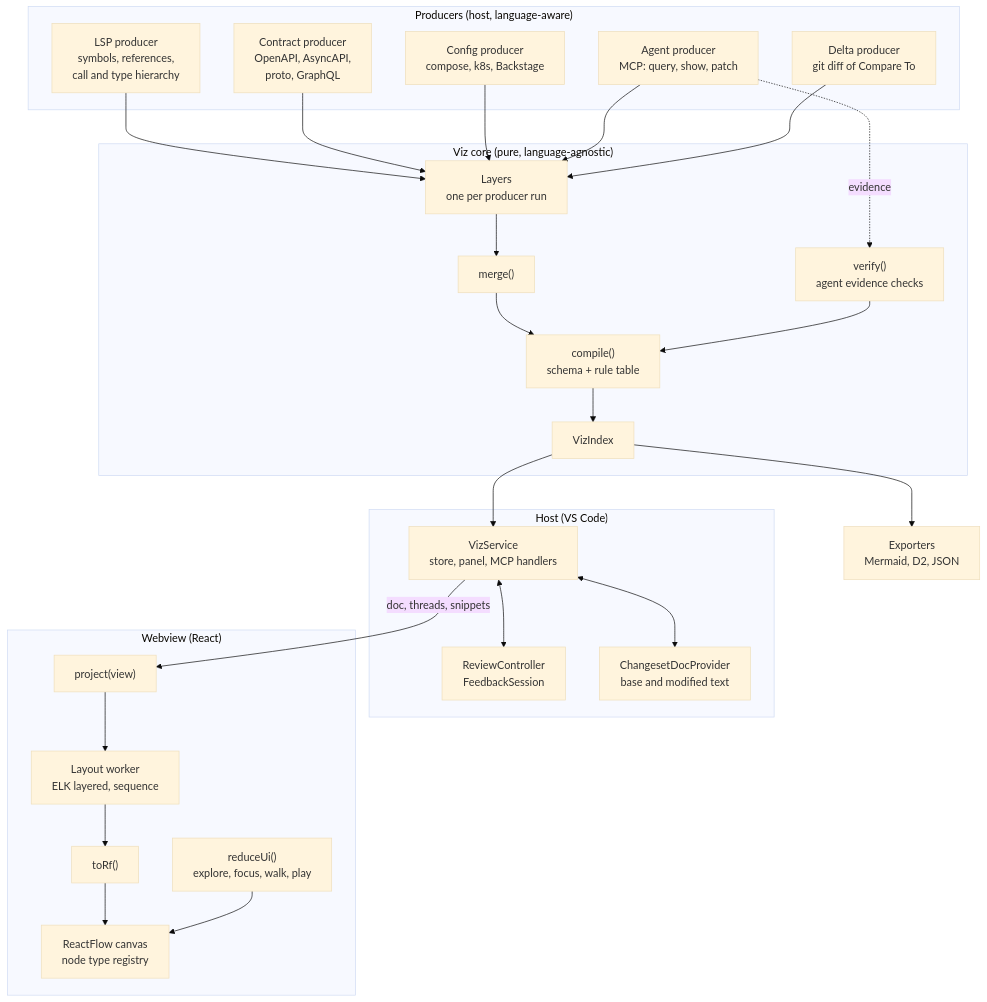
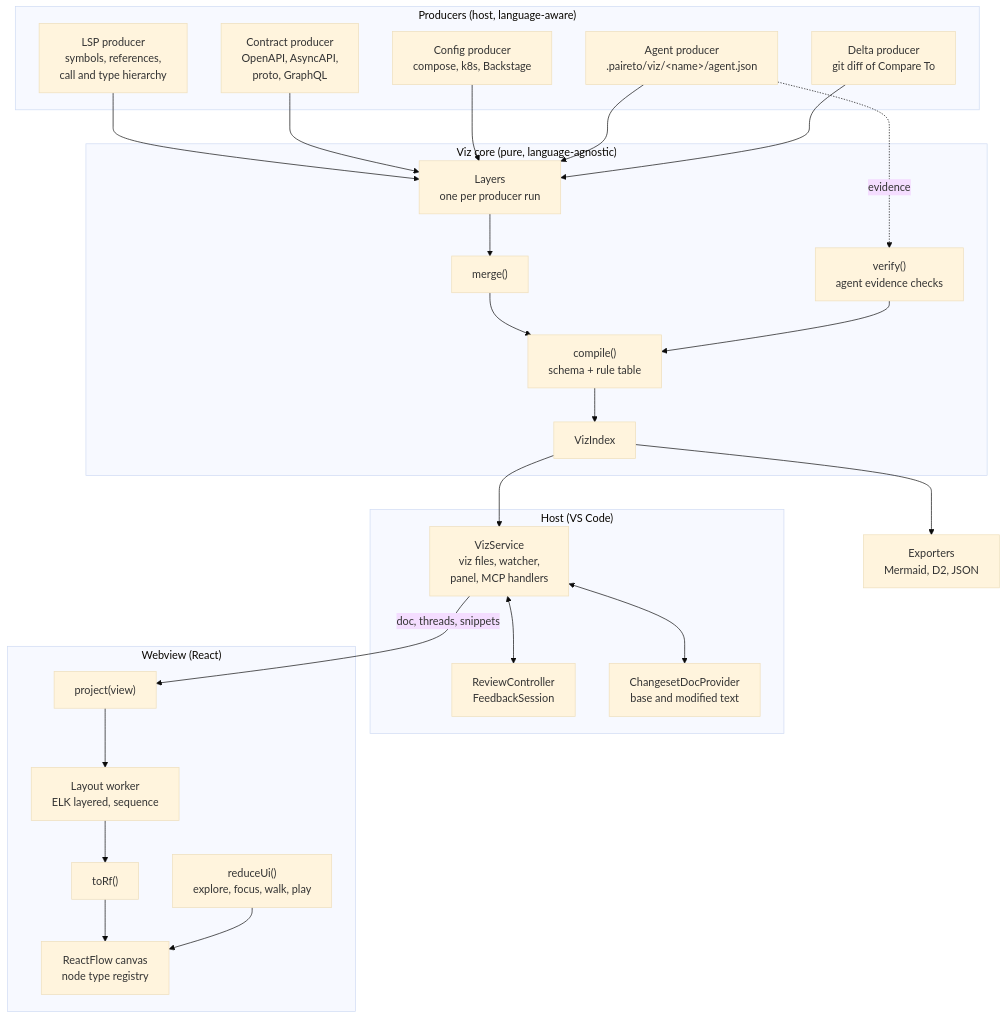
Before and after one commit to Nick-Lucas/paireto: the diagram in docs/viz-core/02-architecture.md, drawn with Mermaid (base theme). The commit also changed other lines of this file and 3 other files, not shown here.

First line of the commit message:
Move the agent layer of a viz into .paireto files

````diff
--- a/docs/viz-core/02-architecture.md
+++ b/docs/viz-core/02-architecture.md
@@ -33,49 +33,49 @@
 ```mermaid
 flowchart TB
   subgraph Producers["Producers (host, language-aware)"]
     LSP["LSP producer<br/>symbols, references,<br/>call and type hierarchy"]
     Contract["Contract producer<br/>OpenAPI, AsyncAPI,<br/>proto, GraphQL"]
     Config["Config producer<br/>compose, k8s, Backstage"]
-    Agent["Agent producer<br/>MCP: query, show, patch"]
+    Agent["Agent producer<br/>.paireto/viz/&lt;name&gt;/agent.json"]
     Delta["Delta producer<br/>git diff of Compare To"]
   end
 
   subgraph Core["Viz core (pure, language-agnostic)"]
     Layers["Layers<br/>one per producer run"]
     Merge["merge()"]
     Compile["compile()<br/>schema + rule table"]
     Index["VizIndex"]
     Verify["verify()<br/>agent evidence checks"]
   end
 
   subgraph Host["Host (VS Code)"]
-    Service["VizService<br/>store, panel, MCP handlers"]
+    Service["VizService<br/>viz files, watcher,<br/>panel, MCP handlers"]
     Threads["ReviewController<br/>FeedbackSession"]
     Docs["ChangesetDocProvider<br/>base and modified text"]
   end
 
   subgraph Webview["Webview (React)"]
     Project["project(view)"]
     Layout["Layout worker<br/>ELK layered, sequence"]
     RF["toRf()"]
     Canvas["ReactFlow canvas<br/>node type registry"]
     UI["reduceUi()<br/>explore, focus, walk, play"]
   end
 
   Export["Exporters<br/>Mermaid, D2, JSON"]
 
   LSP --> Layers
   Contract --> Layers
   Config --> Layers
   Agent --> Layers
   Delta --> Layers
   Layers --> Merge --> Compile --> Index
   Agent -. evidence .-> Verify --> Compile
   Index --> Service
   Service <--> Threads
   Service <--> Docs
   Service -- "doc, threads, snippets" --> Project
   Project --> Layout --> RF --> Canvas
   UI --> Canvas
   Index --> Export
 ```
````
